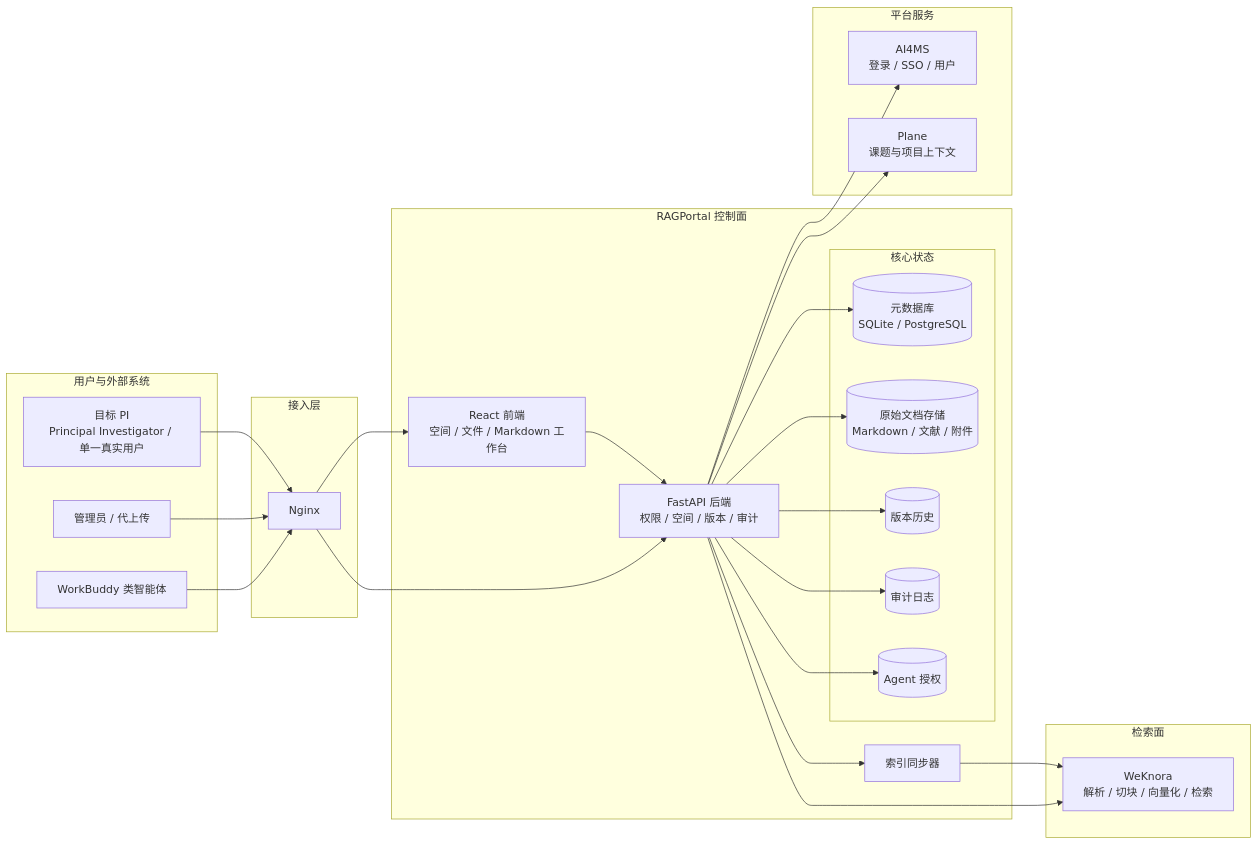
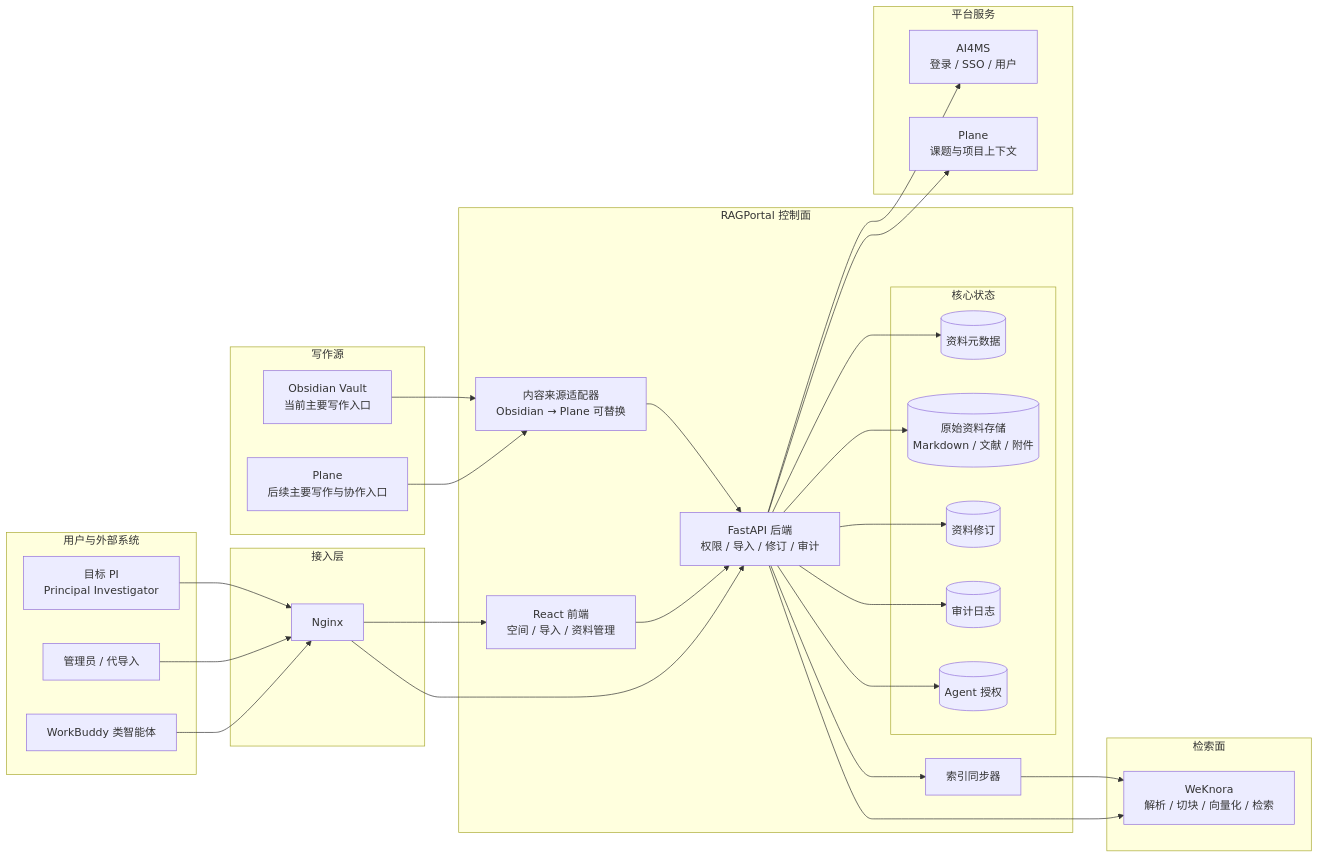
The first of 3 diagrams in docs/specs/2026-09-24-pi-private-knowledge-space-prd.md (SynlysAI/RAGPortal), drawn with Mermaid before and after one commit. The commit also changed other lines of this file and 3 other files, not shown here.

````diff
--- a/docs/specs/2026-09-24-pi-private-knowledge-space-prd.md
+++ b/docs/specs/2026-09-24-pi-private-knowledge-space-prd.md
@@ -192,55 +286,65 @@
 ```mermaid
 flowchart LR
+    subgraph Authoring[写作源]
+        Obsidian[Obsidian Vault<br/>当前主要写作入口]
+        Plane[Plane<br/>后续主要写作与协作入口]
+    end
+
     subgraph Clients[用户与外部系统]
-        PI[目标 PI<br/>Principal Investigator / 单一真实用户]
-        Admin[管理员 / 代上传]
+        PI[目标 PI<br/>Principal Investigator]
+        Admin[管理员 / 代导入]
         WorkBuddy[WorkBuddy 类智能体]
     end
 
     subgraph Edge[接入层]
         Nginx[Nginx]
     end
 
     subgraph RAGPortal[RAGPortal 控制面]
-        Frontend[React 前端<br/>空间 / 文件 / Markdown 工作台]
-        Backend[FastAPI 后端<br/>权限 / 空间 / 版本 / 审计]
+        Frontend[React 前端<br/>空间 / 导入 / 资料管理]
+        Backend[FastAPI 后端<br/>权限 / 导入 / 修订 / 审计]
+        SourceAdapter[内容来源适配器<br/>Obsidian → Plane 可替换]
 
         subgraph State[核心状态]
-            Metadata[(元数据库<br/>SQLite / PostgreSQL)]
-            Vault[(原始文档存储<br/>Markdown / 文献 / 附件)]
-            Versions[(版本历史)]
+            Metadata[(资料元数据)]
+            Vault[(原始资料存储<br/>Markdown / 文献 / 附件)]
+            Revisions[(资料修订)]
             Audit[(审计日志)]
             AgentTokens[(Agent 授权)]
         end
 
         IndexSync[索引同步器]
     end
 
     subgraph Platform[平台服务]
         AI4MS[AI4MS<br/>登录 / SSO / 用户]
-        Plane[Plane<br/>课题与项目上下文]
+        PlaneContext[Plane<br/>课题与项目上下文]
     end
 
     subgraph Retrieval[检索面]
         WeKnora[WeKnora<br/>解析 / 切块 / 向量化 / 检索]
     end
+
+    Obsidian --> SourceAdapter
+    Plane --> SourceAdapter
+    SourceAdapter --> Backend
 
     PI --> Nginx
     Admin --> Nginx
     WorkBuddy --> Nginx
 
     Nginx --> Frontend --> Backend
     Nginx --> Backend
 
     Backend --> AI4MS
-    Backend --> Plane
+    Backend --> PlaneContext
 
     Backend --> Metadata
     Backend --> Vault
-    Backend --> Versions
+    Backend --> Revisions
     Backend --> Audit
     Backend --> AgentTokens
 
     Backend --> IndexSync --> WeKnora
     Backend --> WeKnora
 ```
````
